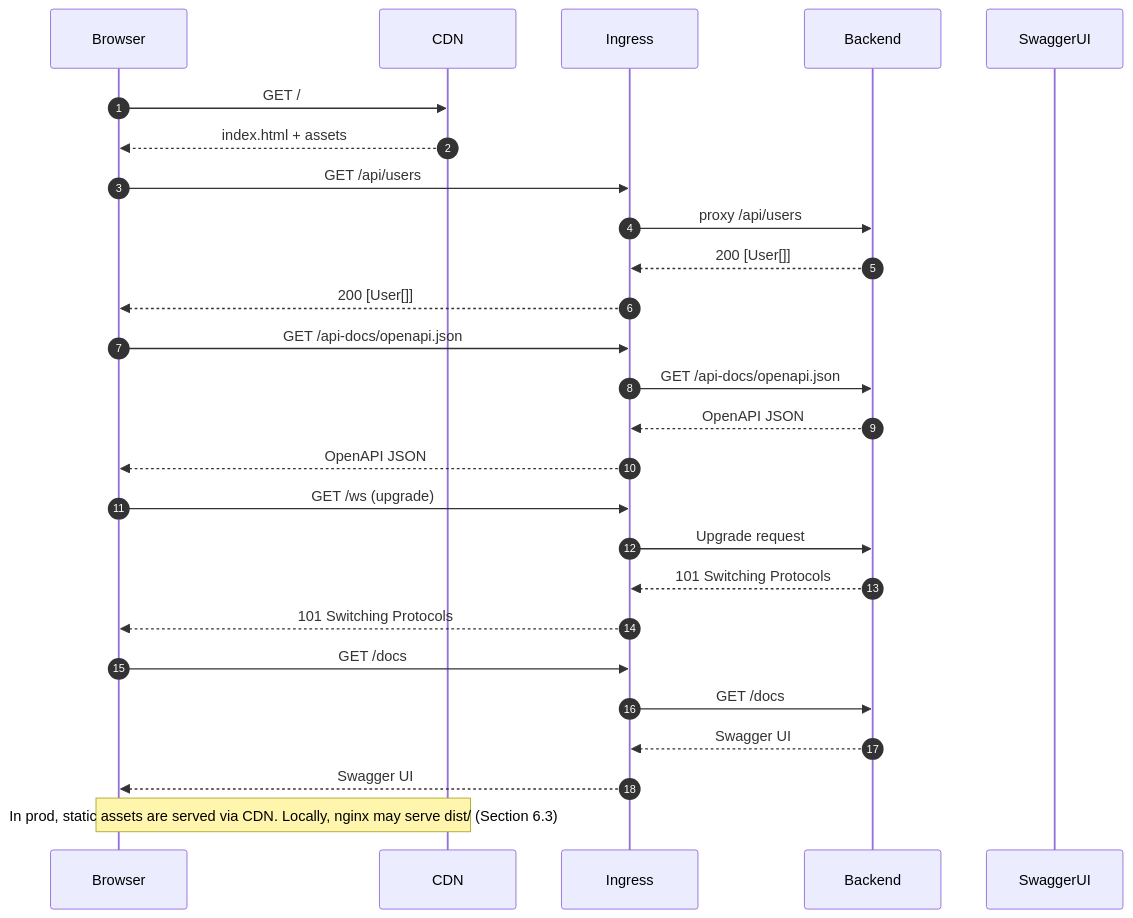
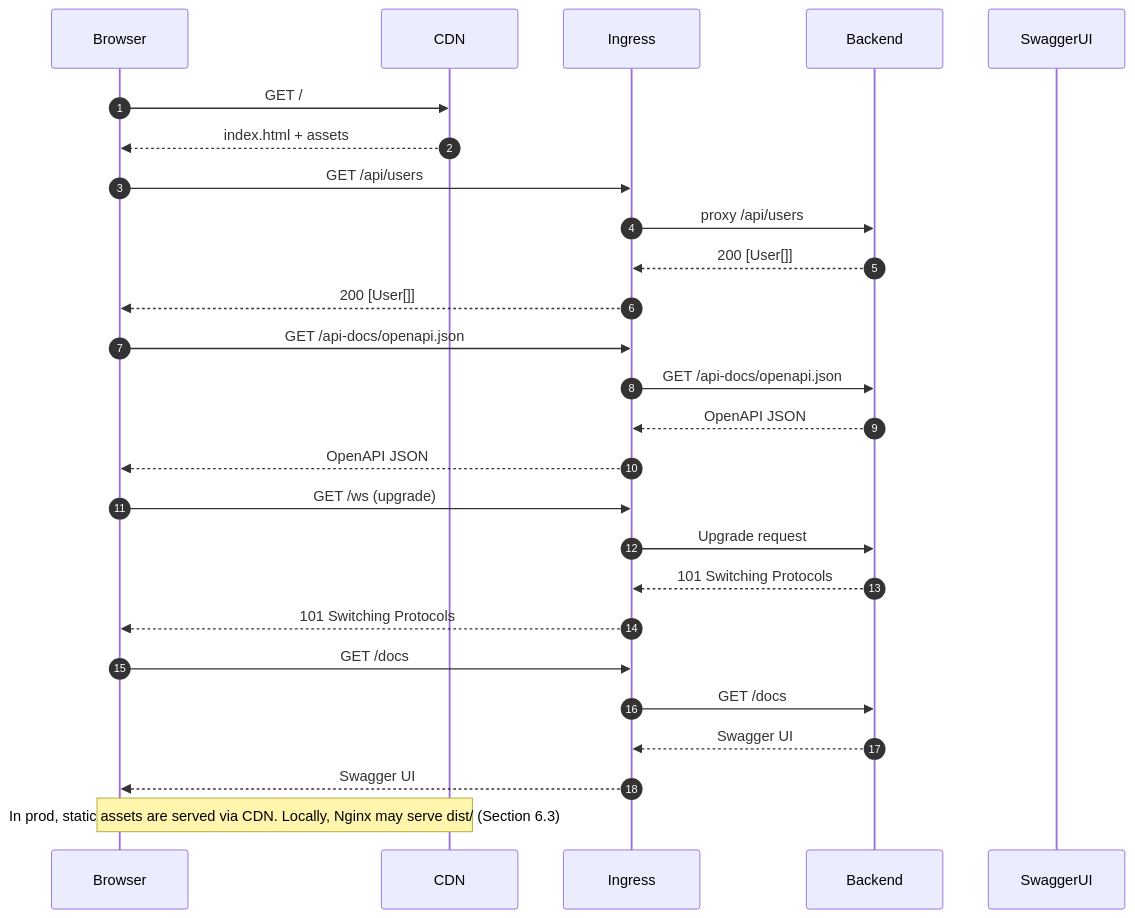
One commit to leynos/wildside changed the first of 3 diagrams in docs/repository-structure.md. Above: the diagram before and after it, drawn with Mermaid. The commit also changed 3 other files, not shown here.

````diff
--- a/docs/repository-structure.md
+++ b/docs/repository-structure.md
@@ -18,34 +18,34 @@
 ```mermaid
 sequenceDiagram
   autonumber
   participant Browser
   participant CDN
   participant Ingress
   participant Backend
   participant SwaggerUI
 
   Browser->>CDN: GET /
   CDN-->>Browser: index.html + assets
 
   Browser->>Ingress: GET /api/users
   Ingress->>Backend: proxy /api/users
   Backend-->>Ingress: 200 [User[]]
   Ingress-->>Browser: 200 [User[]]
 
   Browser->>Ingress: GET /api-docs/openapi.json
   Ingress->>Backend: GET /api-docs/openapi.json
   Backend-->>Ingress: OpenAPI JSON
   Ingress-->>Browser: OpenAPI JSON
 
   Browser->>Ingress: GET /ws (upgrade)
   Ingress->>Backend: Upgrade request
   Backend-->>Ingress: 101 Switching Protocols
   Ingress-->>Browser: 101 Switching Protocols
 
   Browser->>Ingress: GET /docs
   Ingress->>Backend: GET /docs
   Backend-->>Ingress: Swagger UI
   Ingress-->>Browser: Swagger UI
 
-  Note over Browser, CDN: In prod, static assets are served via CDN. Locally, nginx may serve dist/ (Section 6.3)
+  Note over Browser, CDN: In prod, static assets are served via CDN. Locally, Nginx may serve dist/ (Section 6.3)
 ```
````
